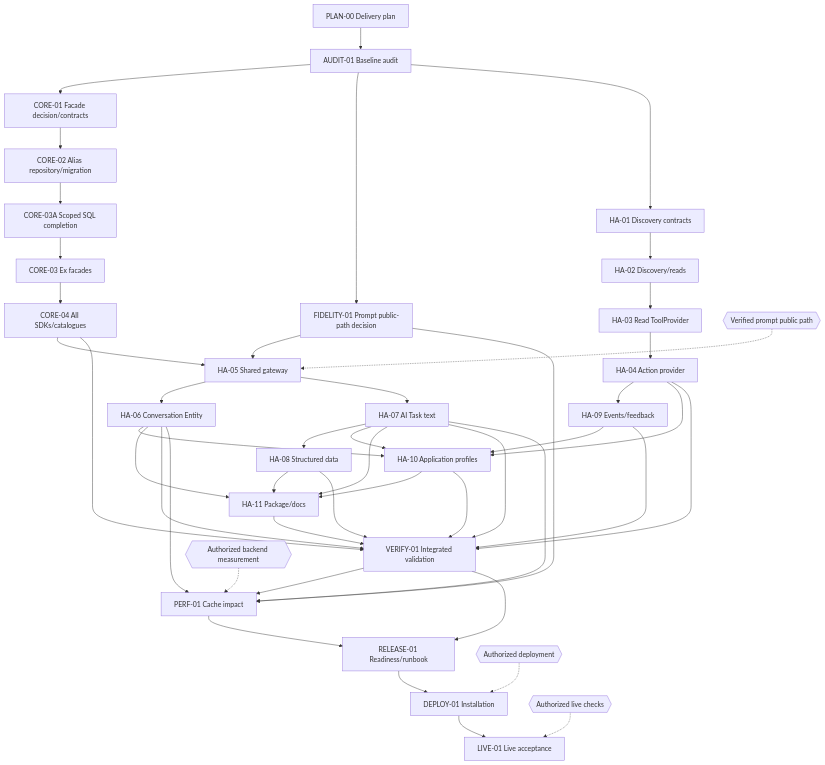
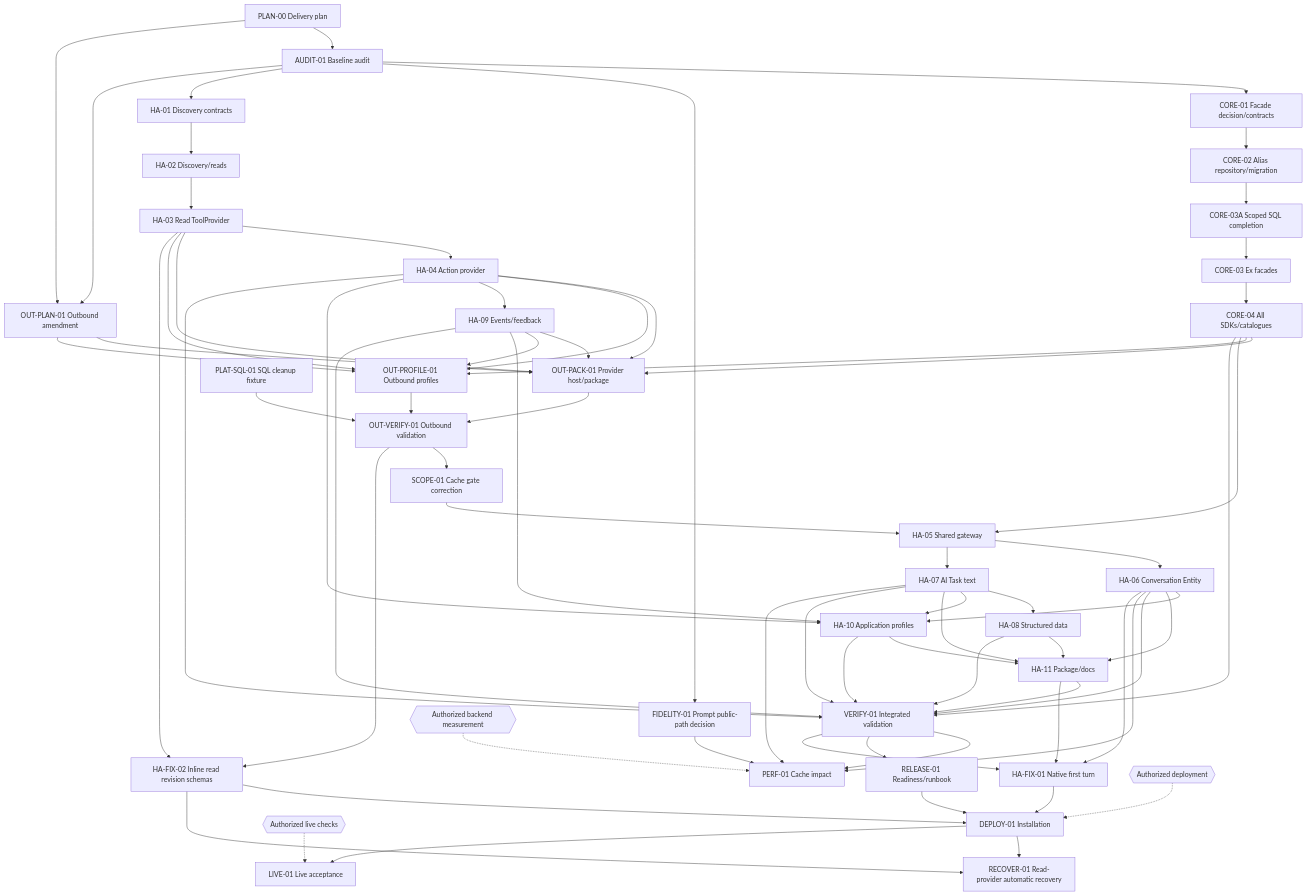
One commit to myrddian/plowshare changed the diagram in docs/home-assistant-delivery-plan.md. Above: the diagram before and after it, drawn with Mermaid. The commit also changed other lines of this file and 224 other files, not shown here.

Commit message:
Add Home Assistant Assist, AI Tasks and read-provider recovery

````diff
--- a/docs/home-assistant-delivery-plan.md
+++ b/docs/home-assistant-delivery-plan.md
@@ -136,48 +326,71 @@
 ```mermaid
 flowchart TD
   P["PLAN-00 Delivery plan"] --> A["AUDIT-01 Baseline audit"]
   A --> C1["CORE-01 Facade decision/contracts"]
   C1 --> C2["CORE-02 Alias repository/migration"]
   C2 --> SB["CORE-03A Scoped SQL completion"]
   SB --> C3["CORE-03 Ex facades"]
   C3 --> C4["CORE-04 All SDKs/catalogues"]
   A --> F["FIDELITY-01 Prompt public-path decision"]
   A --> D1["HA-01 Discovery contracts"]
   D1 --> D2["HA-02 Discovery/reads"]
   D2 --> D3["HA-03 Read ToolProvider"]
   D3 --> D4["HA-04 Action provider"]
+  P --> OP["OUT-PLAN-01 Outbound amendment"]
+  A --> OP
+  OP --> OH["OUT-PACK-01 Provider host/package"]
+  D3 --> OH
+  D4 --> OH
+  EV --> OH
+  C4 --> OH
+  OP --> OT["OUT-PROFILE-01 Outbound profiles"]
+  D3 --> OT
+  D4 --> OT
+  EV --> OT
+  C4 --> OT
+  OH --> OV["OUT-VERIFY-01 Outbound validation"]
+  OT --> OV
+  SQ["PLAT-SQL-01 SQL cleanup fixture"] --> OV
   C4 --> G["HA-05 Shared gateway"]
-  F --> G
-  PG{{"Verified prompt public path"}} -.-> G
+  OV --> SC["SCOPE-01 Cache gate correction"]
+  SC --> G
   G --> CV["HA-06 Conversation Entity"]
   G --> AI["HA-07 AI Task text"]
   AI --> ST["HA-08 Structured data"]
   D4 --> EV["HA-09 Events/feedback"]
   D4 --> AP["HA-10 Application profiles"]
   CV --> AP
   AI --> AP
   EV --> AP
   CV --> PK["HA-11 Package/docs"]
   AI --> PK
   ST --> PK
   AP --> PK
   C4 --> V["VERIFY-01 Integrated validation"]
   D4 --> V
   CV --> V
   AI --> V
   ST --> V
   EV --> V
   AP --> V
   PK --> V
   V --> PF["PERF-01 Cache impact"]
   F --> PF
   CV --> PF
   AI --> PF
   BG{{"Authorized backend measurement"}} -.-> PF
   V --> R["RELEASE-01 Readiness/runbook"]
-  PF --> R
+  CV --> FX1["HA-FIX-01 Native first turn"]
+  PK --> FX1
+  V --> FX1
+  D3 --> FX2["HA-FIX-02 Inline read revision schemas"]
+  OV --> FX2
   R --> DP["DEPLOY-01 Installation"]
+  FX1 --> DP
+  FX2 --> DP
   DG{{"Authorized deployment"}} -.-> DP
+  DP --> RC["RECOVER-01 Read-provider automatic recovery"]
+  FX2 --> RC
   DP --> LV["LIVE-01 Live acceptance"]
   LG{{"Authorized live checks"}} -.-> LV
 ```
````
